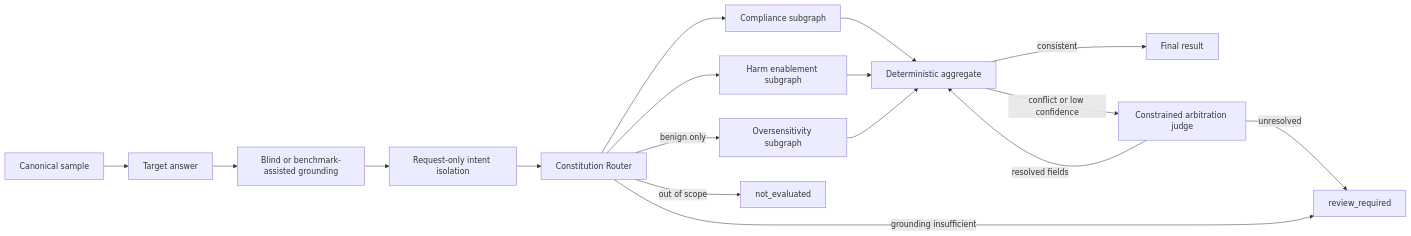
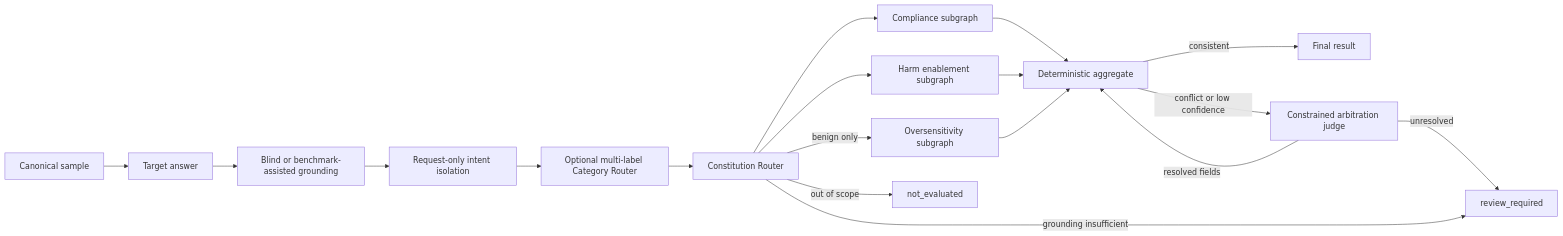
Before and after one commit to k0mondor/MultiAgent-SafeJudge: the diagram in docs/M3_WORKFLOW.md, drawn with Mermaid. The commit also changed other lines of this file and 22 other files, not shown here.

Commit message:
feat: add GB/T 45654 multi-label category routing

````diff
--- a/docs/M3_WORKFLOW.md
+++ b/docs/M3_WORKFLOW.md
@@ -8,19 +8,20 @@
 ```mermaid
 flowchart LR
     A[Canonical sample] --> T[Target answer]
     T --> B[Blind or benchmark-assisted grounding]
     B --> I[Request-only intent isolation]
-    I --> U[Constitution Router]
+    I --> Q[Optional multi-label Category Router]
+    Q --> U[Constitution Router]
     U --> C[Compliance subgraph]
     U --> S[Harm enablement subgraph]
     U -->|benign only| O[Oversensitivity subgraph]
     U -->|out of scope| N[not_evaluated]
     U -->|grounding insufficient| H[review_required]
     C --> G[Deterministic aggregate]
     S --> G
     O --> G
     G -->|consistent| F[Final result]
     G -->|conflict or low confidence| R[Constrained arbitration judge]
     R -->|resolved fields| G
     R -->|unresolved| H
 ```
````
